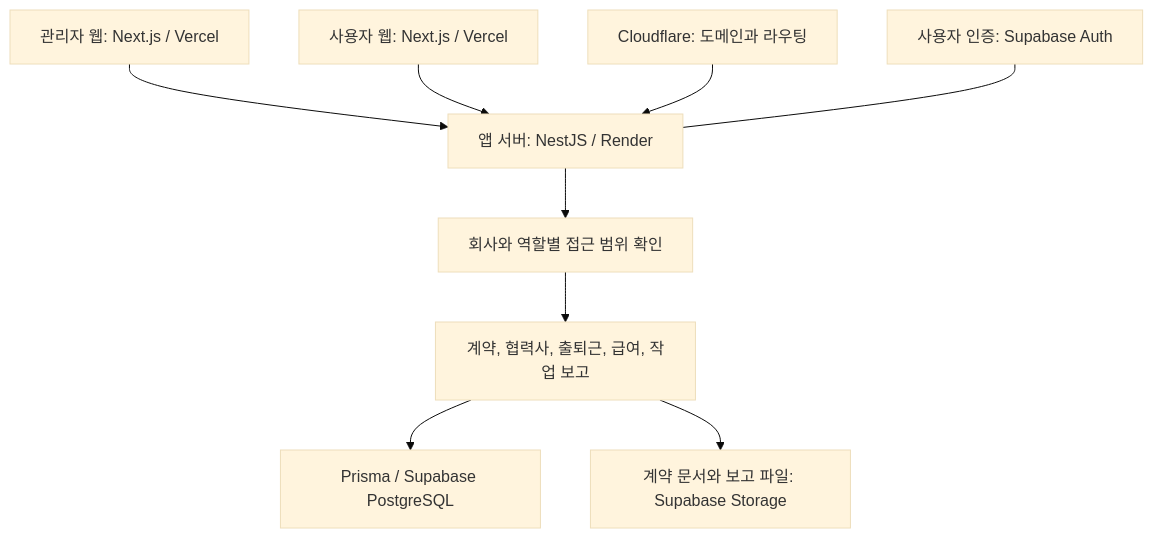
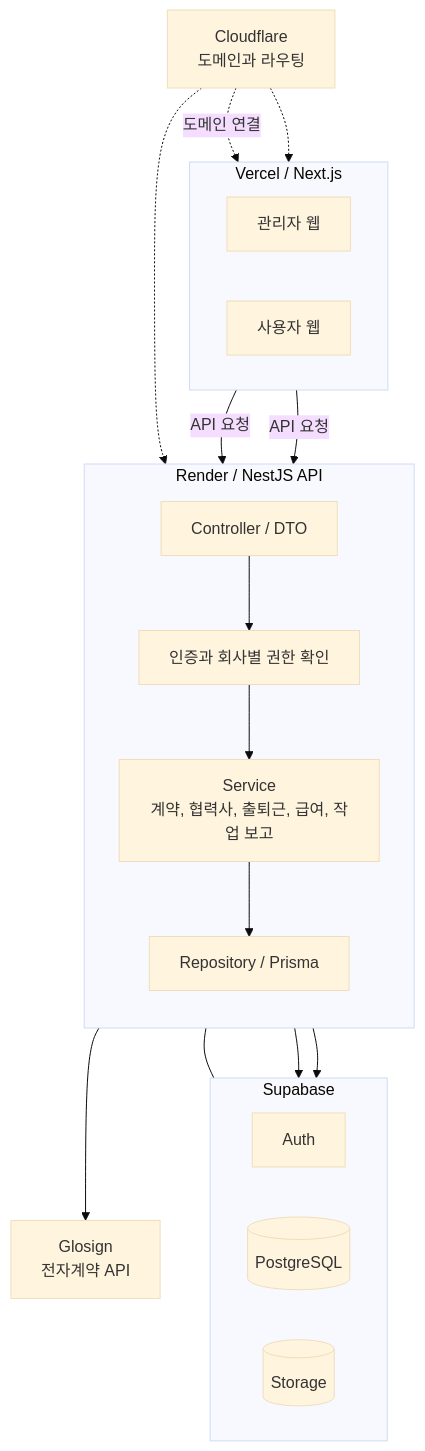
Before and after one commit to KimHG1995/work-history: the second of 3 diagrams in projects/hr-saas/mvp.md, drawn with Mermaid (base theme). The commit also changed other lines of this file and 4 other files, not shown here.

Commit message:
fix: Mermaid 라벨 잘림 개선 및 HR SaaS 서비스 구성도 정리

````diff
--- a/projects/hr-saas/mvp.md
+++ b/projects/hr-saas/mvp.md
@@ -115,11 +116,38 @@
 ```mermaid
-flowchart TD
-    admin["관리자 웹: Next.js / Vercel"] --> server["앱 서버: NestJS / Render"]
-    user["사용자 웹: Next.js / Vercel"] --> server
-    route["Cloudflare: 도메인과 라우팅"] --> server
-    auth["사용자 인증: Supabase Auth"] --- server
-    server --> access["회사와 역할별 접근 범위 확인"]
-    access --> domain["계약, 협력사, 출퇴근, 급여, 작업 보고"]
-    domain --> db["Prisma / Supabase PostgreSQL"]
-    domain --> files["계약 문서와 보고 파일: Supabase Storage"]
+flowchart TB
+    cloudflare["Cloudflare<br/>도메인과 라우팅"]
+
+    subgraph vercel["Vercel / Next.js"]
+        direction LR
+        admin["관리자 웹"]
+        client["사용자 웹"]
+    end
+
+    subgraph render["Render / NestJS API"]
+        direction TB
+        controller["Controller / DTO"]
+        access["인증과 회사별 권한 확인"]
+        service["Service<br/>계약, 협력사, 출퇴근, 급여, 작업 보고"]
+        repository["Repository / Prisma"]
+        controller --> access --> service --> repository
+    end
+
+    subgraph supabase["Supabase"]
+        direction LR
+        auth["Auth"]
+        db[("PostgreSQL")]
+        storage[("Storage")]
+    end
+
+    glosign["Glosign<br/>전자계약 API"]
+
+    cloudflare -.->|도메인 연결| admin
+    cloudflare -.-> client
+    cloudflare -.-> controller
+    admin -->|API 요청| controller
+    client -->|API 요청| controller
+    access --- auth
+    repository --> db
+    service --> storage
+    service --> glosign
 ```
````
